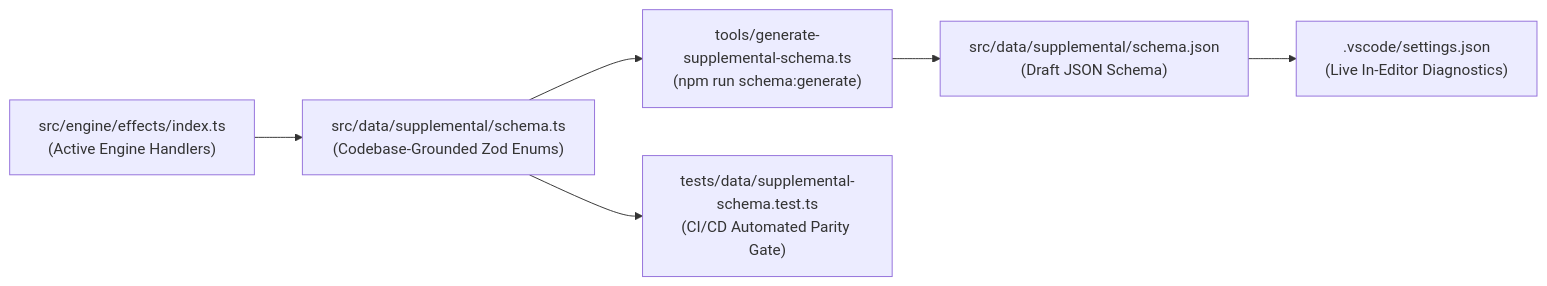
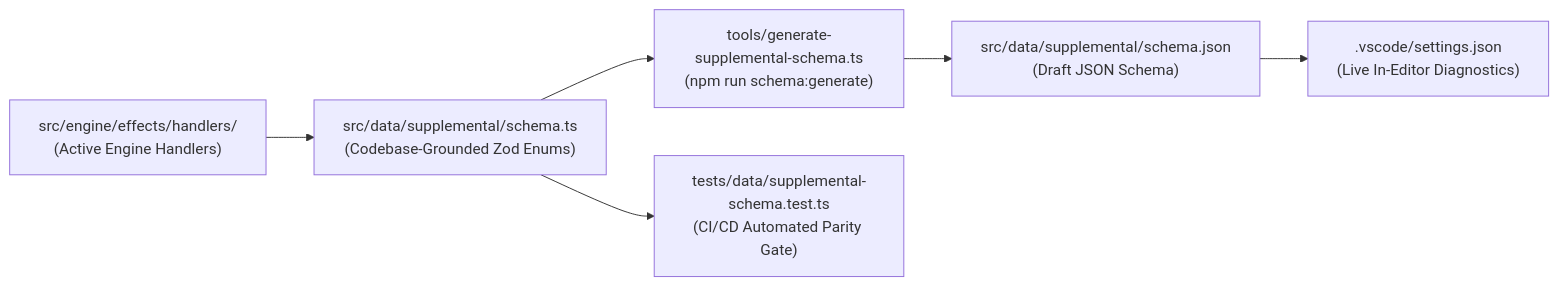
Before and after one commit to SteveRodrigue/MCD: the diagram in docs/tools/supplemental_schema_validation.md, drawn with Mermaid. The commit also changed other lines of this file and 3 other files, not shown here.

````diff
--- a/docs/tools/supplemental_schema_validation.md
+++ b/docs/tools/supplemental_schema_validation.md
@@ -15,8 +15,8 @@
 ```mermaid
 flowchart LR
-    A["src/engine/effects/index.ts<br/>(Active Engine Handlers)"] --> B["src/data/supplemental/schema.ts<br/>(Codebase-Grounded Zod Enums)"]
+    A["src/engine/effects/handlers/<br/>(Active Engine Handlers)"] --> B["src/data/supplemental/schema.ts<br/>(Codebase-Grounded Zod Enums)"]
     B --> C["tools/generate-supplemental-schema.ts<br/>(npm run schema:generate)"]
     C --> D["src/data/supplemental/schema.json<br/>(Draft JSON Schema)"]
     D --> E[".vscode/settings.json<br/>(Live In-Editor Diagnostics)"]
     B --> F["tests/data/supplemental-schema.test.ts<br/>(CI/CD Automated Parity Gate)"]
 ```
````
